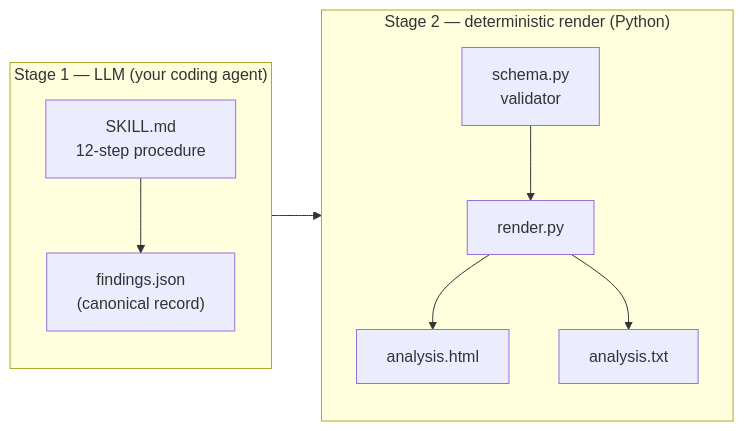
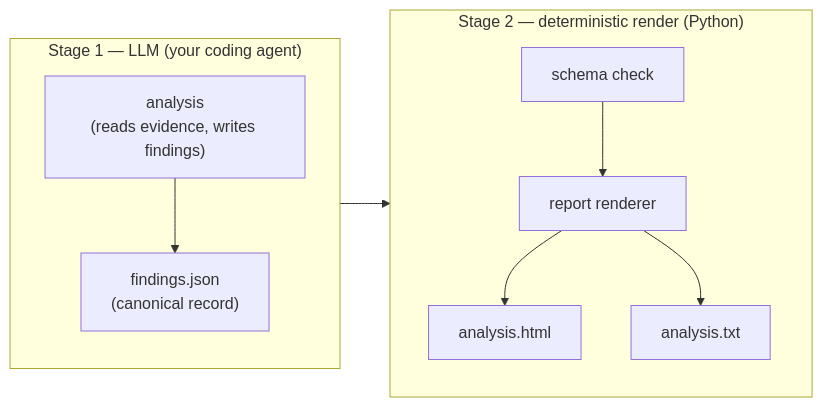
The diagram in docs/interpreting-reports.md (open-agent-ai-security/praxen), drawn with Mermaid before and after one commit. The commit also changed other lines of this file and 11 other files, not shown here.

````diff
--- a/docs/interpreting-reports.md
+++ b/docs/interpreting-reports.md
@@ -10,14 +10,14 @@
 ```mermaid
 flowchart LR
   subgraph S1["Stage 1 — LLM (your coding agent)"]
     direction TB
-    SK["SKILL.md<br/>12-step procedure"] --> CJ["findings.json<br/>(canonical record)"]
+    SK["analysis<br/>(reads evidence, writes findings)"] --> CJ["findings.json<br/>(canonical record)"]
   end
   subgraph S2["Stage 2 — deterministic render (Python)"]
     direction TB
-    SC["schema.py<br/>validator"] --> RN["render.py"]
+    SC["schema check"] --> RN["report renderer"]
     RN --> HT["analysis.html"]
     RN --> TX["analysis.txt"]
   end
   CJ --> SC
 ```
````
